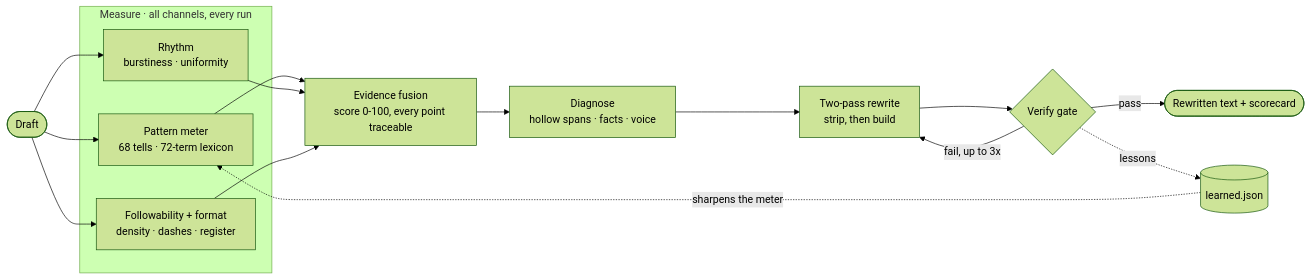
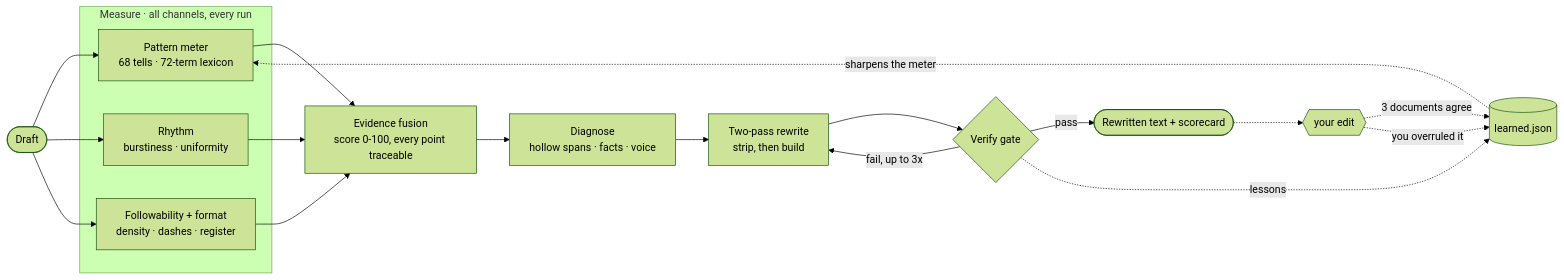
The diagram in README.md (manavmishra/ZeroSlop), drawn with Mermaid (forest theme) before and after one commit. The commit also changed other lines of this file and 33 other files, not shown here.

````diff
--- a/README.md
+++ b/README.md
@@ -208,17 +243,20 @@
 ```mermaid
 flowchart LR
     D([Draft]) --> PM & RH & FF
     subgraph Measure["Measure · all channels, every run"]
       PM[Pattern meter<br/>68 tells · 72-term lexicon]
       RH[Rhythm<br/>burstiness · uniformity]
       FF[Followability + format<br/>density · dashes · register]
     end
     PM & RH & FF --> F[Evidence fusion<br/>score 0-100, every point traceable]
     F --> J[Diagnose<br/>hollow spans · facts · voice]
     J --> W[Two-pass rewrite<br/>strip, then build]
     W --> G{Verify gate}
     G -- pass --> O([Rewritten text + scorecard])
     G -- "fail, up to 3x" --> W
     G -. lessons .-> L[(learned.json)]
     L -. sharpens the meter .-> PM
+    O -.-> R{{"your edit"}}
+    R -. "3 documents agree" .-> L
+    R -. "you overruled it" .-> L
 ```
````
